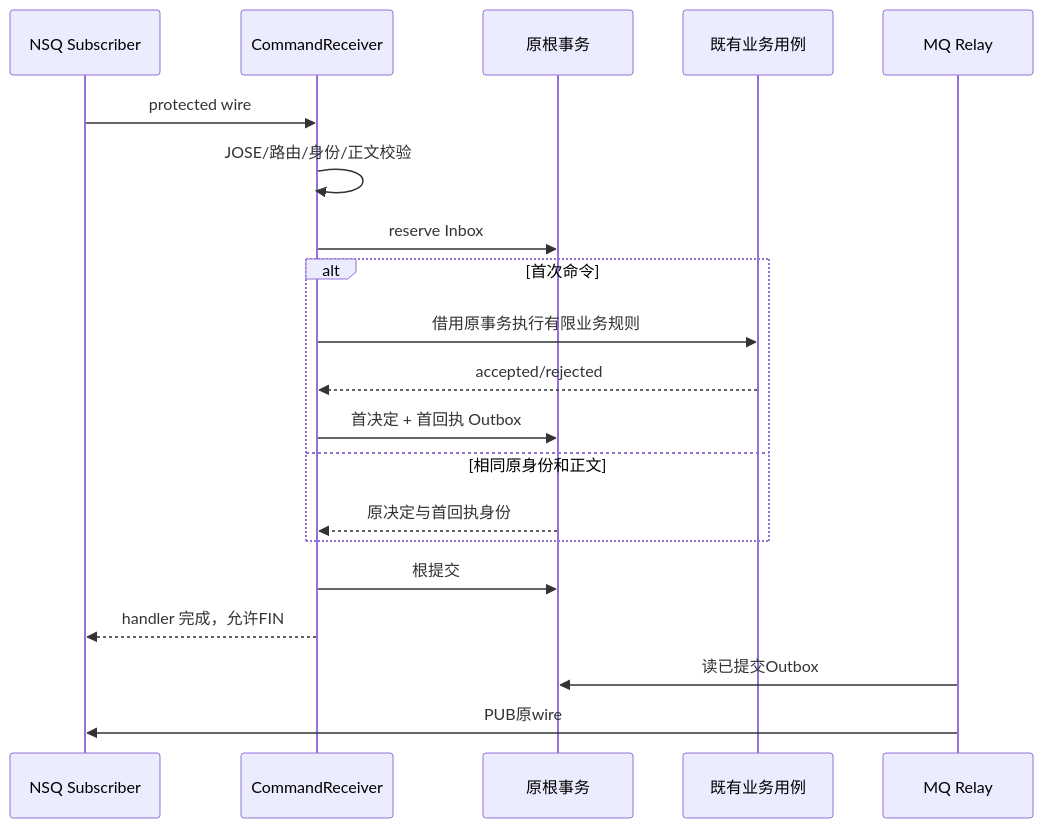
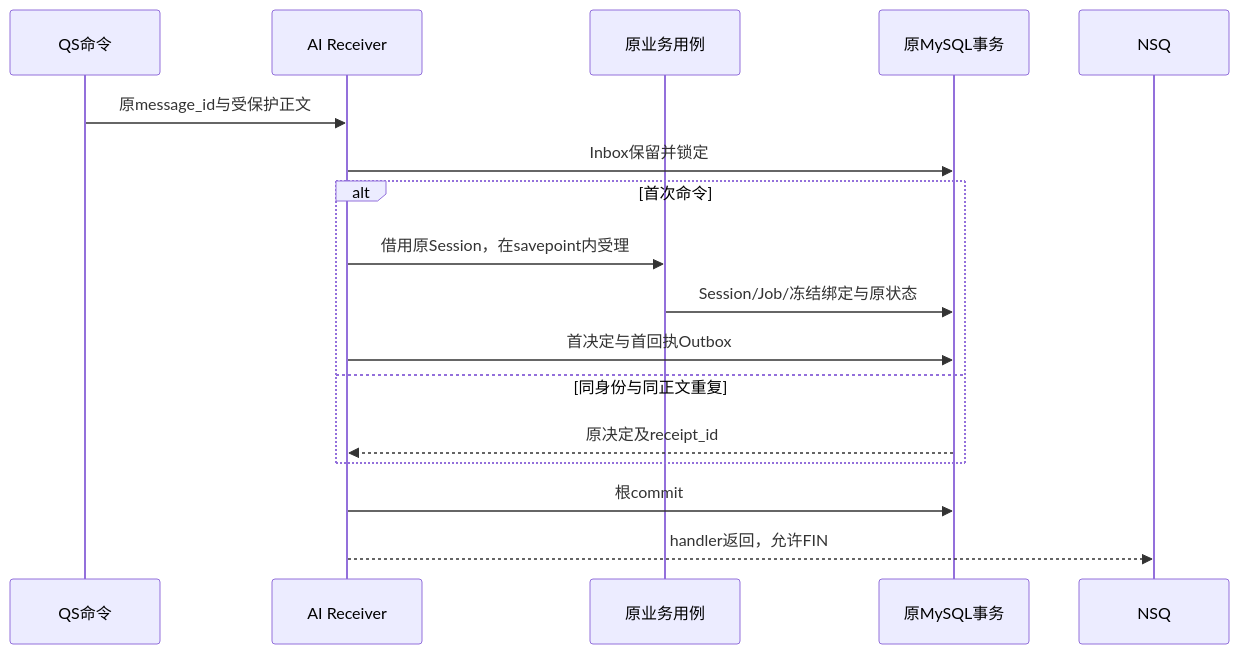
Before and after one commit to FangcunMount/qs-ai: the diagram in docs/03-基础设施/messaging/README.md, drawn with Mermaid. The commit also changed other lines of this file and 1 other file, not shown here.

````diff
--- a/docs/03-基础设施/messaging/README.md
+++ b/docs/03-基础设施/messaging/README.md
@@ -23,22 +35,19 @@
 ```mermaid
 sequenceDiagram
-    participant NSQ as NSQ Subscriber
-    participant Receiver as CommandReceiver
-    participant DB as 原根事务
-    participant Owner as 既有业务用例
-    participant Relay as MQ Relay
-    NSQ->>Receiver: protected wire
-    Receiver->>Receiver: JOSE/路由/身份/正文校验
-    Receiver->>DB: reserve Inbox
+    participant Q as QS命令
+    participant R as AI Receiver
+    participant B as 原业务用例
+    participant D as 原MySQL事务
+    participant N as NSQ
+    Q->>R: 原message_id与受保护正文
+    R->>D: Inbox保留并锁定
     alt 首次命令
-        Receiver->>Owner: 借用原事务执行有限业务规则
-        Owner-->>Receiver: accepted/rejected
-        Receiver->>DB: 首决定 + 首回执 Outbox
-    else 相同原身份和正文
-        DB-->>Receiver: 原决定与首回执身份
+        R->>B: 借用原Session，在savepoint内受理
+        B->>D: Session/Job/冻结绑定与原状态
+        R->>D: 首决定与首回执Outbox
+    else 同身份与同正文重复
+        D-->>R: 原决定及receipt_id
     end
-    Receiver->>DB: 根提交
-    Receiver-->>NSQ: handler 完成，允许FIN
-    Relay->>DB: 读已提交Outbox
-    Relay->>NSQ: PUB原wire
+    R->>D: 根commit
+    R-->>N: handler返回，允许FIN
 ```
````
